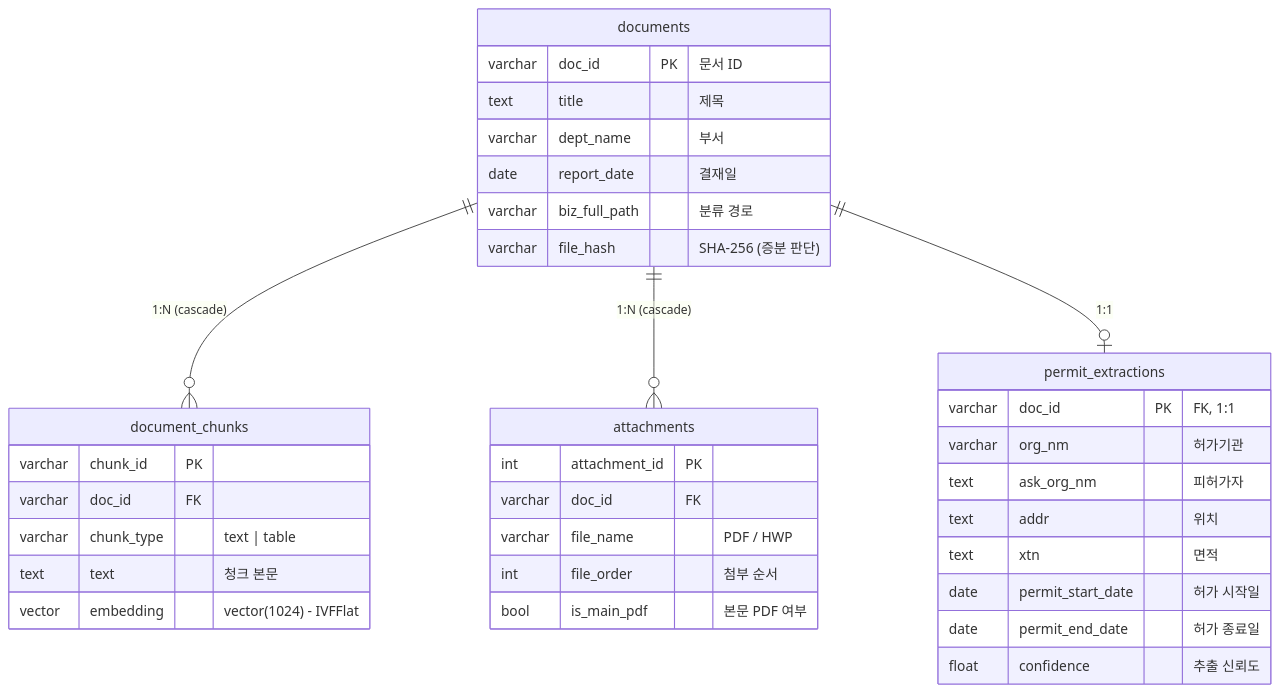
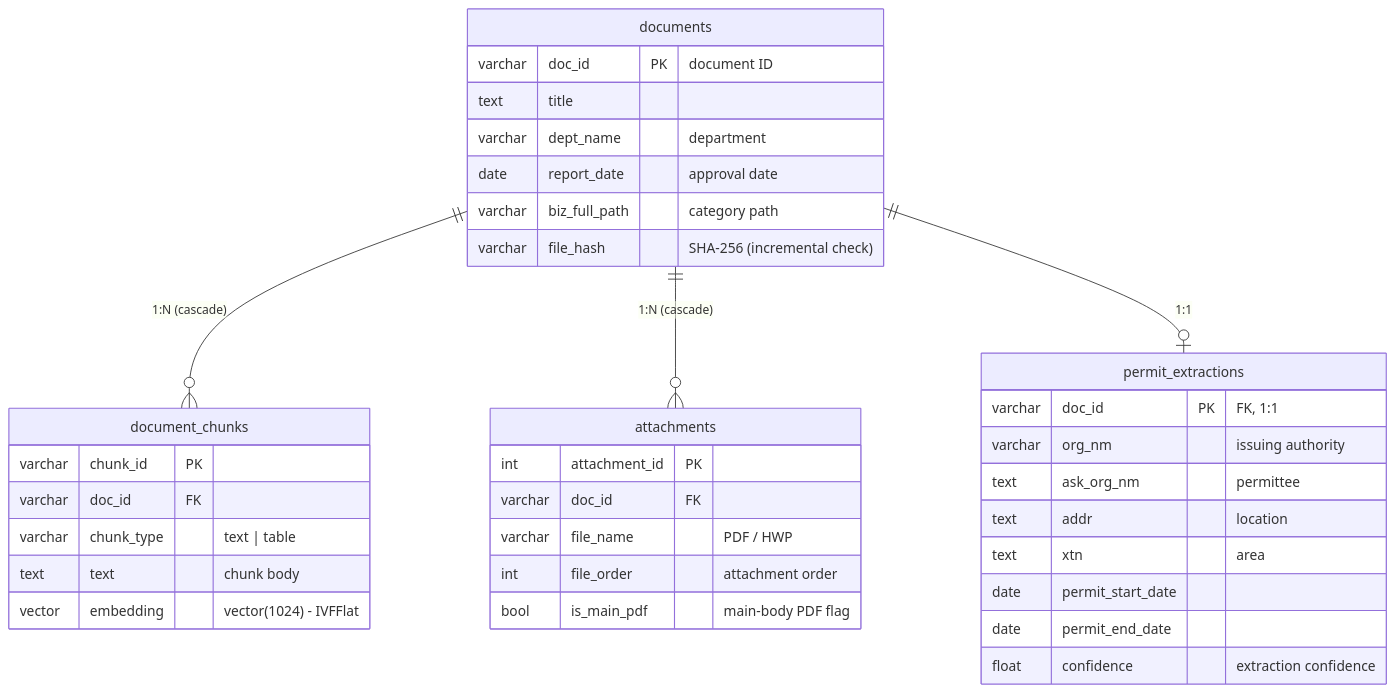
The third of 3 diagrams in README.md (chaeminyoon/Doc-Vectorize-Pipeline), drawn with Mermaid before and after one commit. The commit also changed other lines of this file and 1 other file, not shown here.

````diff
--- a/README.md
+++ b/README.md
@@ -105,39 +130,39 @@
 ```mermaid
 erDiagram
     documents ||--o{ document_chunks : "1:N (cascade)"
     documents ||--o{ attachments : "1:N (cascade)"
     documents ||--o| permit_extractions : "1:1"
 
     documents {
-        varchar doc_id PK "문서 ID"
-        text title "제목"
-        varchar dept_name "부서"
-        date report_date "결재일"
-        varchar biz_full_path "분류 경로"
-        varchar file_hash "SHA-256 (증분 판단)"
+        varchar doc_id PK "document ID"
+        text title
+        varchar dept_name "department"
+        date report_date "approval date"
+        varchar biz_full_path "category path"
+        varchar file_hash "SHA-256 (incremental check)"
     }
     document_chunks {
         varchar chunk_id PK
         varchar doc_id FK
         varchar chunk_type "text | table"
-        text text "청크 본문"
+        text text "chunk body"
         vector embedding "vector(1024) - IVFFlat"
     }
     attachments {
         int attachment_id PK
         varchar doc_id FK
         varchar file_name "PDF / HWP"
-        int file_order "첨부 순서"
-        bool is_main_pdf "본문 PDF 여부"
+        int file_order "attachment order"
+        bool is_main_pdf "main-body PDF flag"
     }
     permit_extractions {
         varchar doc_id PK "FK, 1:1"
-        varchar org_nm "허가기관"
-        text ask_org_nm "피허가자"
-        text addr "위치"
-        text xtn "면적"
-        date permit_start_date "허가 시작일"
-        date permit_end_date "허가 종료일"
-        float confidence "추출 신뢰도"
+        varchar org_nm "issuing authority"
+        text ask_org_nm "permittee"
+        text addr "location"
+        text xtn "area"
+        date permit_start_date
+        date permit_end_date
+        float confidence "extraction confidence"
     }
 ```
````
